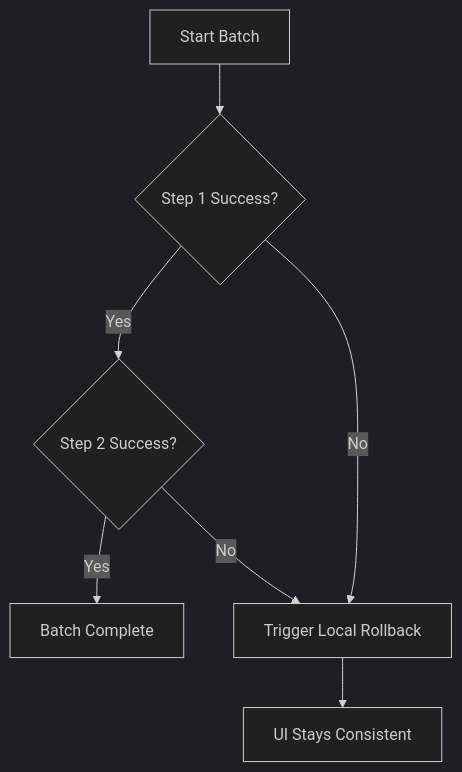
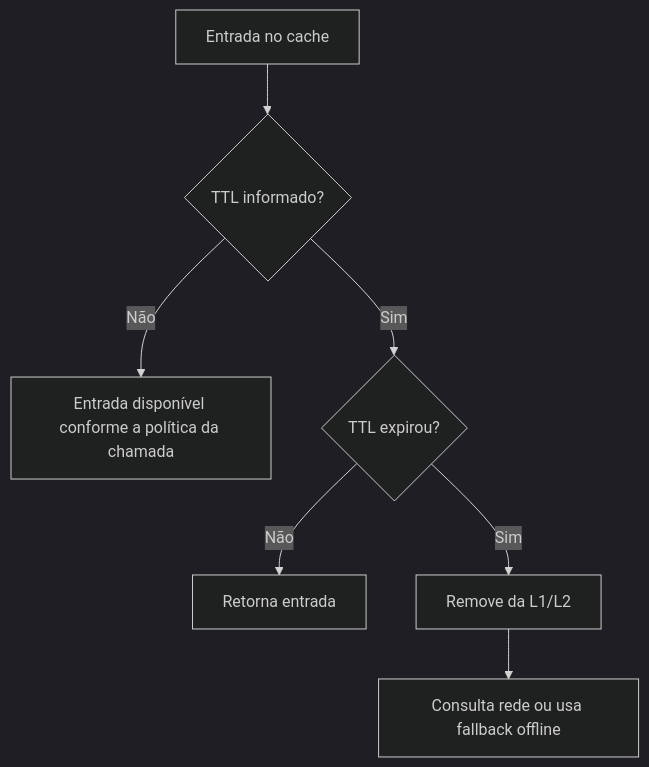
One commit to felippe-flutter-dev/volt_net changed the second of 3 diagrams in README.md. Above: the diagram before and after it, drawn with Mermaid (dark theme). The commit also changed other lines of this file and 8 other files, not shown here.

````diff
--- a/README.md
+++ b/README.md
@@ -60,9 +58,9 @@
 ```mermaid
-graph TD
-    A[Start Batch] --> B{Step 1 Success?}
-    B -- Yes --> C{Step 2 Success?}
-    C -- Yes --> D[Batch Complete]
-    B -- No --> E[Trigger Local Rollback]
-    C -- No --> E
-    E --> F[UI Stays Consistent]
+flowchart TD
+    A[Entrada no cache] --> B{TTL informado?}
+    B -- Não --> C[Entrada disponível conforme a política da chamada]
+    B -- Sim --> D{TTL expirou?}
+    D -- Não --> E[Retorna entrada]
+    D -- Sim --> F[Remove da L1/L2]
+    F --> G[Consulta rede ou usa fallback offline]
 ```
````
